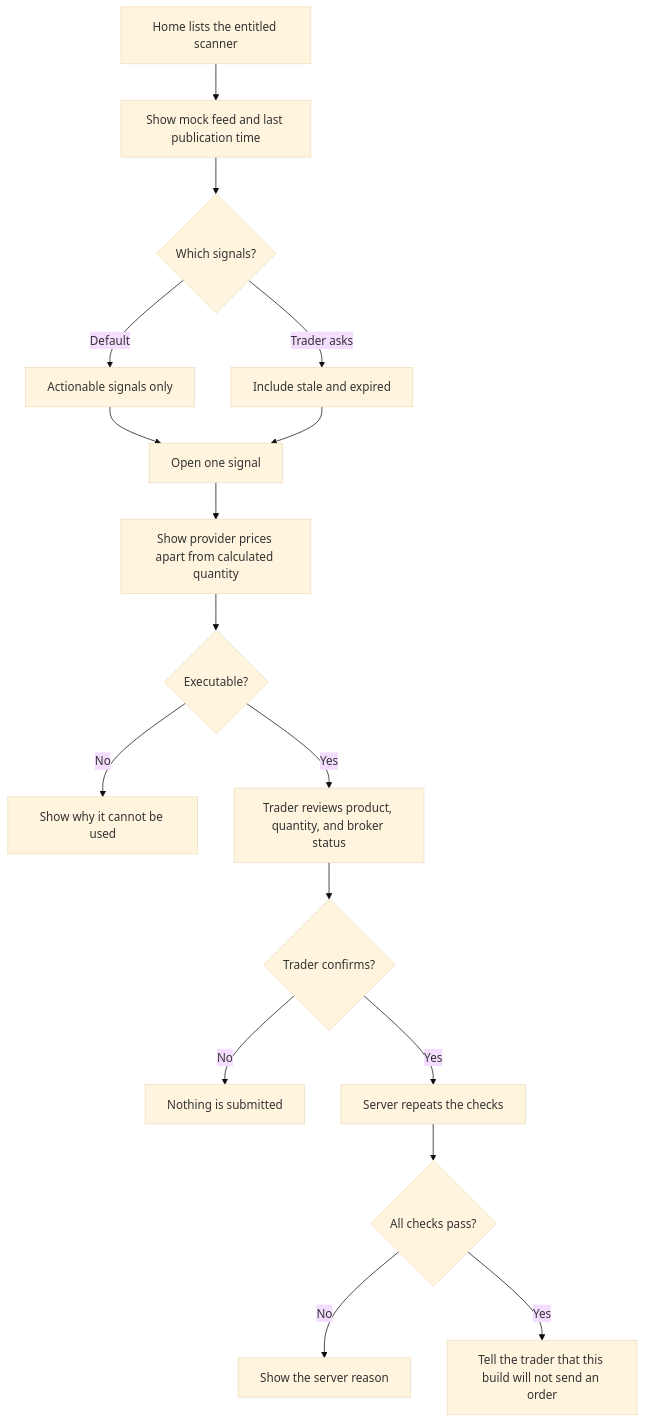
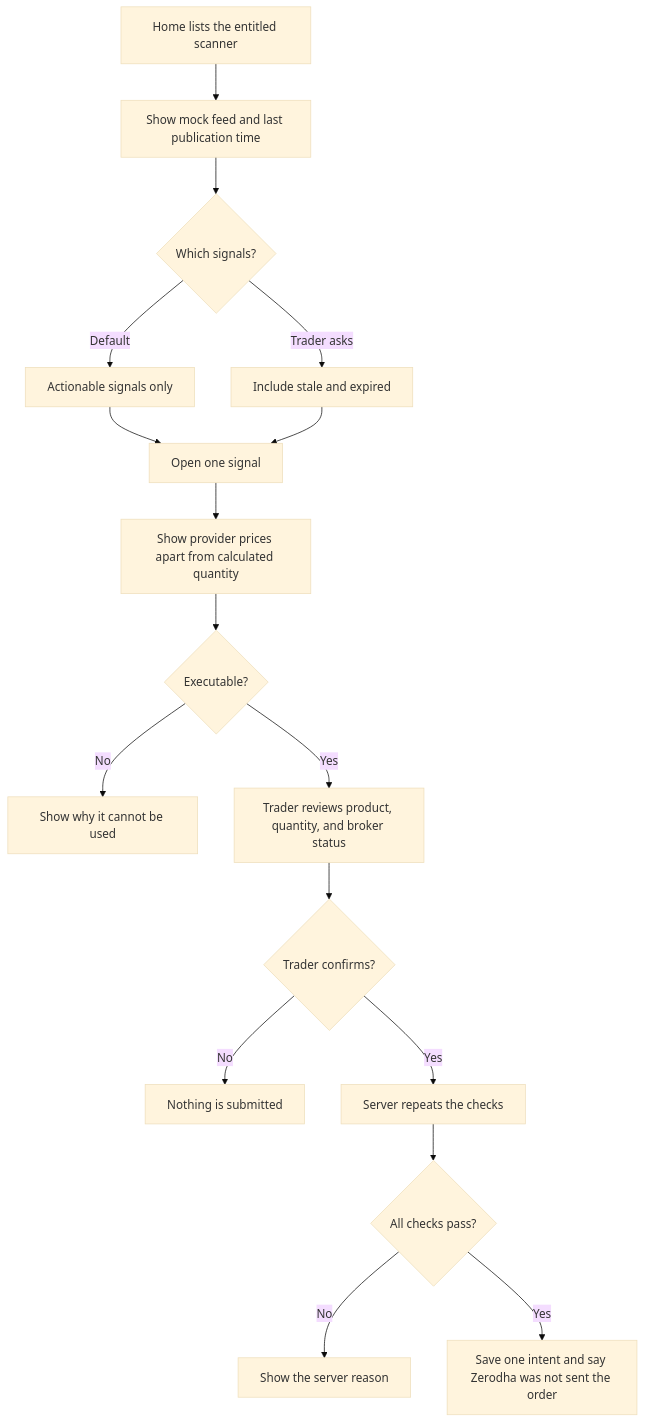
One commit to chandradibyendu-oss/quantivo_mo changed the third of 5 diagrams in docs/architecture/BUSINESS_PROCESSES.md. Above: the diagram before and after it, drawn with Mermaid (base theme). The commit also changed other lines of this file and 39 other files, not shown here.

First line of the commit message:
Save a confirmed order before any broker call, and renew Fyers quotes each morning.

````diff
--- a/docs/architecture/BUSINESS_PROCESSES.md
+++ b/docs/architecture/BUSINESS_PROCESSES.md
@@ -56,19 +56,19 @@
 ```mermaid
 flowchart TD
   list[Home lists the entitled scanner] --> feed[Show mock feed and last publication time]
   feed --> filter{Which signals?}
   filter -->|Default| live[Actionable signals only]
   filter -->|Trader asks| all[Include stale and expired]
   live --> open[Open one signal]
   all --> open
   open --> split[Show provider prices apart from calculated quantity]
   split --> warn{Executable?}
   warn -->|No| explain[Show why it cannot be used]
   warn -->|Yes| sheet[Trader reviews product, quantity, and broker status]
   sheet --> confirm{Trader confirms?}
   confirm -->|No| stopNode[Nothing is submitted]
   confirm -->|Yes| server[Server repeats the checks]
   server --> decision{All checks pass?}
   decision -->|No| denied[Show the server reason]
-  decision -->|Yes| disabled[Tell the trader that this build will not send an order]
+  decision -->|Yes| saved[Save one intent and say Zerodha was not sent the order]
 ```
````
